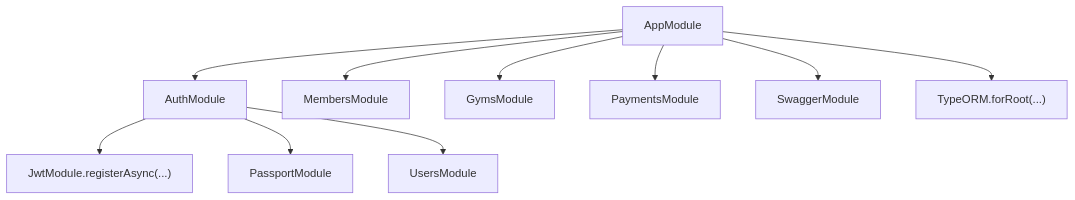
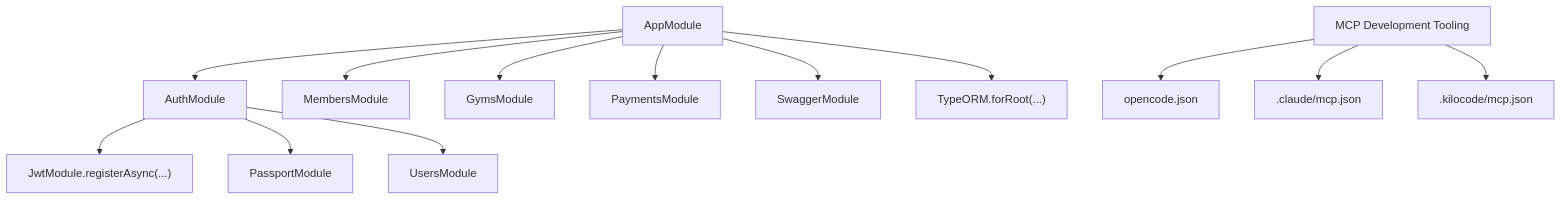
The fifth of 6 diagrams in .qoder/repowiki/en/content/Development Guidelines/Development Guidelines.md (macintoshUserchg/nest_js_gym_backend_current), drawn with Mermaid before and after one commit. The commit also changed other lines of this file and 53 other files, not shown here.

````diff
--- a/.qoder/repowiki/en/content/Development Guidelines/Development Guidelines.md
+++ b/.qoder/repowiki/en/content/Development Guidelines/Development Guidelines.md
@@ -244,12 +279,15 @@
 ```mermaid
 graph TB
 AppModule["AppModule"] --> AuthModule["AuthModule"]
 AppModule --> MembersModule["MembersModule"]
 AppModule --> GymsModule["GymsModule"]
 AppModule --> PaymentsModule["PaymentsModule"]
 AppModule --> Swagger["SwaggerModule"]
 AppModule --> TypeORM["TypeORM.forRoot(...)"]
 AuthModule --> JwtModule["JwtModule.registerAsync(...)"]
 AuthModule --> Passport["PassportModule"]
 AuthModule --> UsersModule["UsersModule"]
+MCP["MCP Development Tooling"] --> Opencode["opencode.json"]
+MCP --> ClaudeConfig[".claude/mcp.json"]
+MCP --> KiloCodeConfig[".kilocode/mcp.json"]
 ```
````
